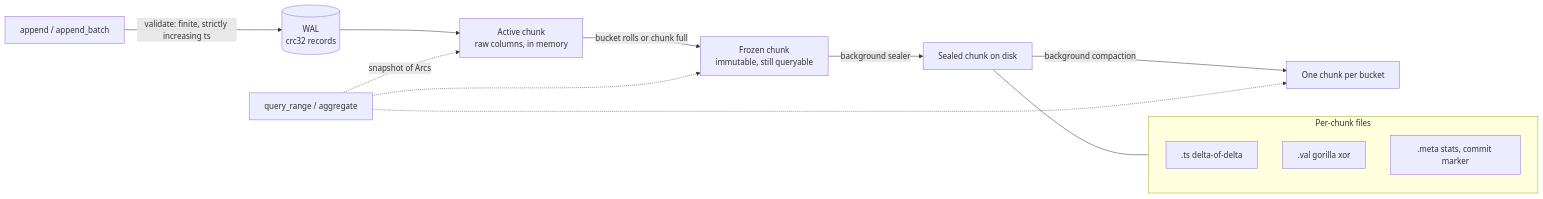
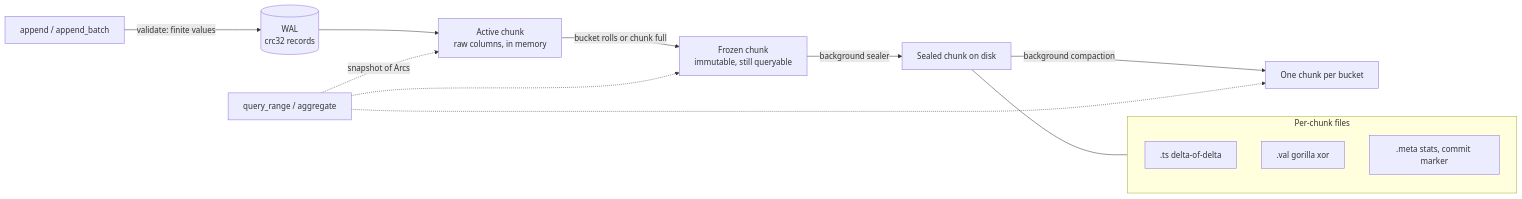
Before and after one commit to monaaoua9/columnar-tsdb: the diagram in README.md, drawn with Mermaid. The commit also changed other lines of this file and 7 other files, not shown here.

````diff
--- a/README.md
+++ b/README.md
@@ -25,18 +25,18 @@
 ```mermaid
 flowchart LR
-    A[append / append_batch] -->|validate: finite, strictly increasing ts| B[(WAL<br/>crc32 records)]
+    A[append / append_batch] -->|validate: finite values| B[(WAL<br/>crc32 records)]
     B --> C[Active chunk<br/>raw columns, in memory]
     C -->|bucket rolls or chunk full| D[Frozen chunk<br/>immutable, still queryable]
     D -->|background sealer| E[Sealed chunk on disk]
     E -->|background compaction| F[One chunk per bucket]
     subgraph files[Per-chunk files]
       direction TB
       E1[.ts  delta-of-delta]
       E2[.val gorilla xor]
       E3[.meta stats, commit marker]
     end
     E --- files
     Q[query_range / aggregate] -.snapshot of Arcs.-> C
     Q -.-> D
     Q -.-> F
 ```
````
